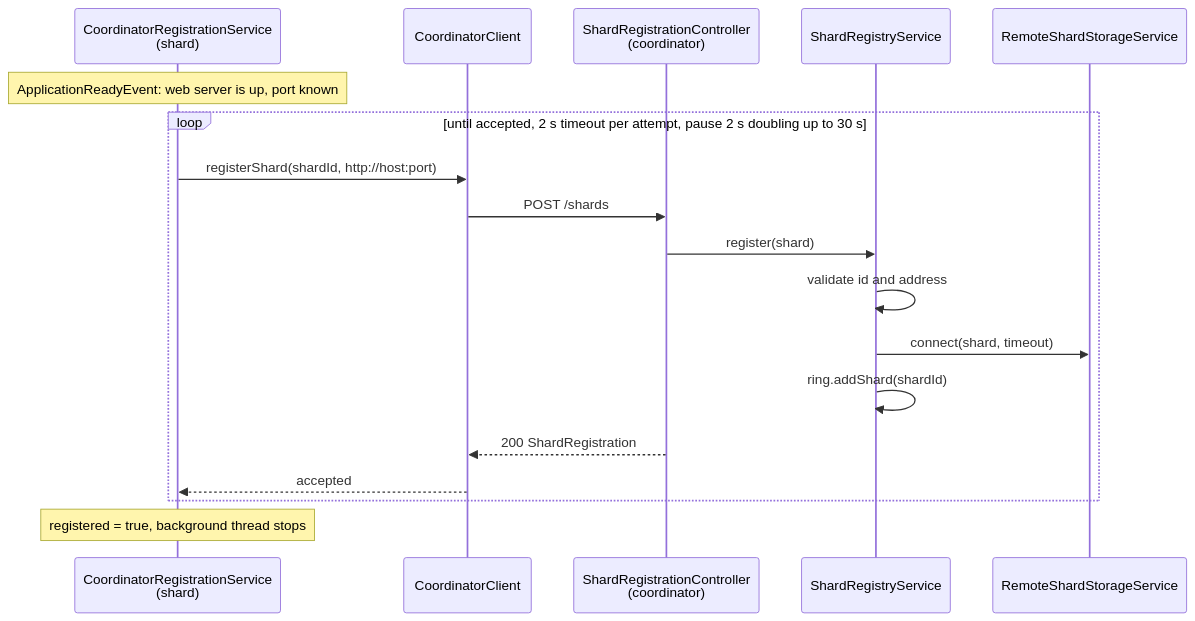
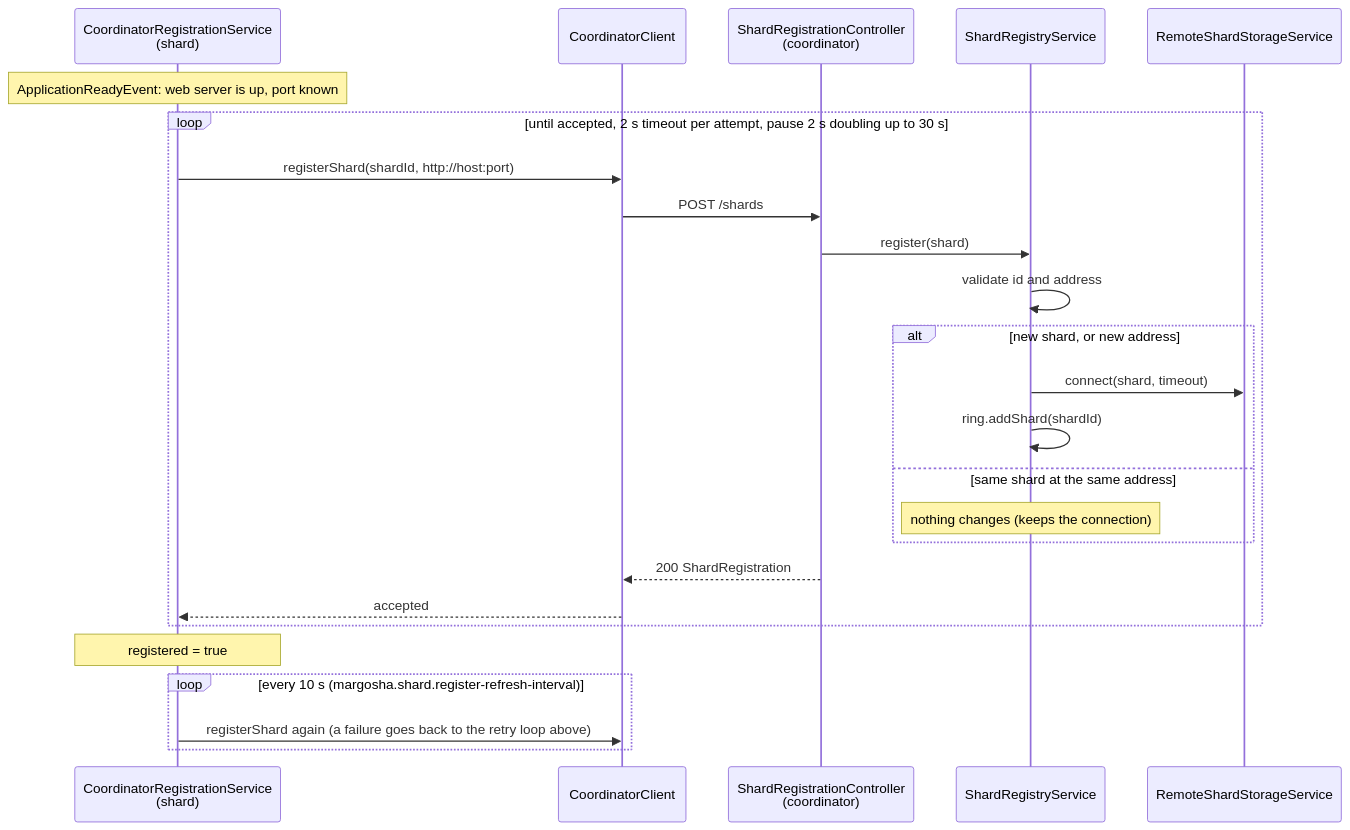
The second of 4 diagrams in README.md (MarharytaFilipovych/margosha-db), drawn with Mermaid before and after one commit. The commit also changed other lines of this file and 15 other files, not shown here.

````diff
--- a/README.md
+++ b/README.md
@@ -114,21 +308,28 @@
 ```mermaid
 sequenceDiagram
     participant S as CoordinatorRegistrationService<br/>(shard)
     participant CC as CoordinatorClient
     participant SRC as ShardRegistrationController<br/>(coordinator)
     participant SR as ShardRegistryService
     participant RS as RemoteShardStorageService
 
     Note over S: ApplicationReadyEvent: web server is up, port known
     loop until accepted, 2 s timeout per attempt, pause 2 s doubling up to 30 s
         S->>CC: registerShard(shardId, http://host:port)
         CC->>SRC: POST /shards
         SRC->>SR: register(shard)
         SR->>SR: validate id and address
-        SR->>RS: connect(shard, timeout)
-        SR->>SR: ring.addShard(shardId)
+        alt new shard, or new address
+            SR->>RS: connect(shard, timeout)
+            SR->>SR: ring.addShard(shardId)
+        else same shard at the same address
+            Note over SR: nothing changes (keeps the connection)
+        end
         SRC-->>CC: 200 ShardRegistration
         CC-->>S: accepted
     end
-    Note over S: registered = true, background thread stops
+    Note over S: registered = true
+    loop every 10 s (margosha.shard.register-refresh-interval)
+        S->>CC: registerShard again (a failure goes back to the retry loop above)
+    end
 ```
````
